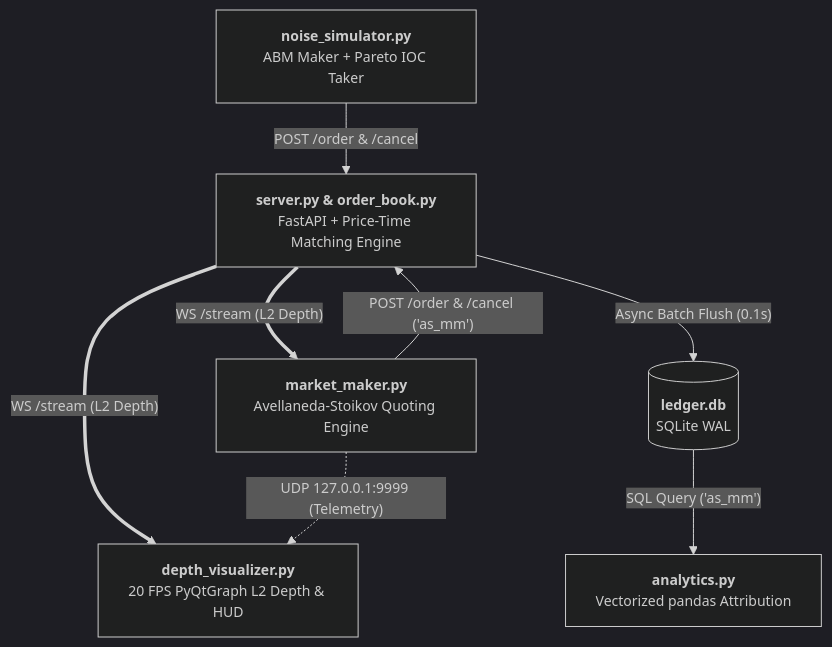
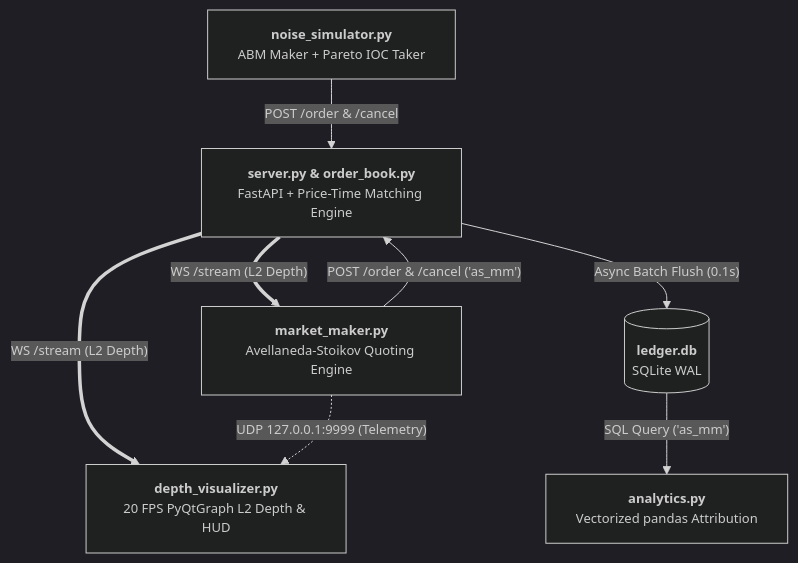
One commit to Romi071/avellaneda-stoikov-mm changed the diagram in README.md. Above: the diagram before and after it, drawn with Mermaid.

Commit message:
edit README.md
Adjusted font size in Mermaid diagram configuration.

````diff
--- a/README.md
+++ b/README.md
@@ -32,18 +32,18 @@
 ```mermaid
-%%{init: {'theme': 'dark', 'themeVariables': {'fontSize': '14px', 'fontFamily': 'Consolas, monospace'}, 'flowchart': {'nodeSpacing': 45, 'rankSpacing': 50, 'padding': 15}}}%%
+%%{init: {'theme': 'dark', 'themeVariables': {'fontSize': '13px', 'fontFamily': 'Consolas, monospace'}, 'flowchart': {'nodeSpacing': 45, 'rankSpacing': 50, 'padding': 15}}}%%
 flowchart TD
     SIM["<b>noise_simulator.py</b><br/>ABM Maker + Pareto IOC Taker"]
     LOB["<b>server.py & order_book.py</b><br/>FastAPI + Price-Time Matching Engine"]
     MM["<b>market_maker.py</b><br/>Avellaneda-Stoikov Quoting Engine"]
     GUI["<b>depth_visualizer.py</b><br/>20 FPS PyQtGraph L2 Depth & HUD"]
     DB[("<b>ledger.db</b><br/>SQLite WAL")]
     ANA["<b>analytics.py</b><br/>Vectorized pandas Attribution"]
 
     SIM -->|"POST /order & /cancel"| LOB
     LOB ==>|"WS /stream (L2 Depth)"| MM
     MM -->|"POST /order & /cancel ('as_mm')"| LOB
     LOB ==>|"WS /stream (L2 Depth)"| GUI
     MM -.->|"UDP 127.0.0.1:9999 (Telemetry)"| GUI
     LOB -->|"Async Batch Flush (0.1s)"| DB
     DB -->|"SQL Query ('as_mm')"| ANA
 ```
````
